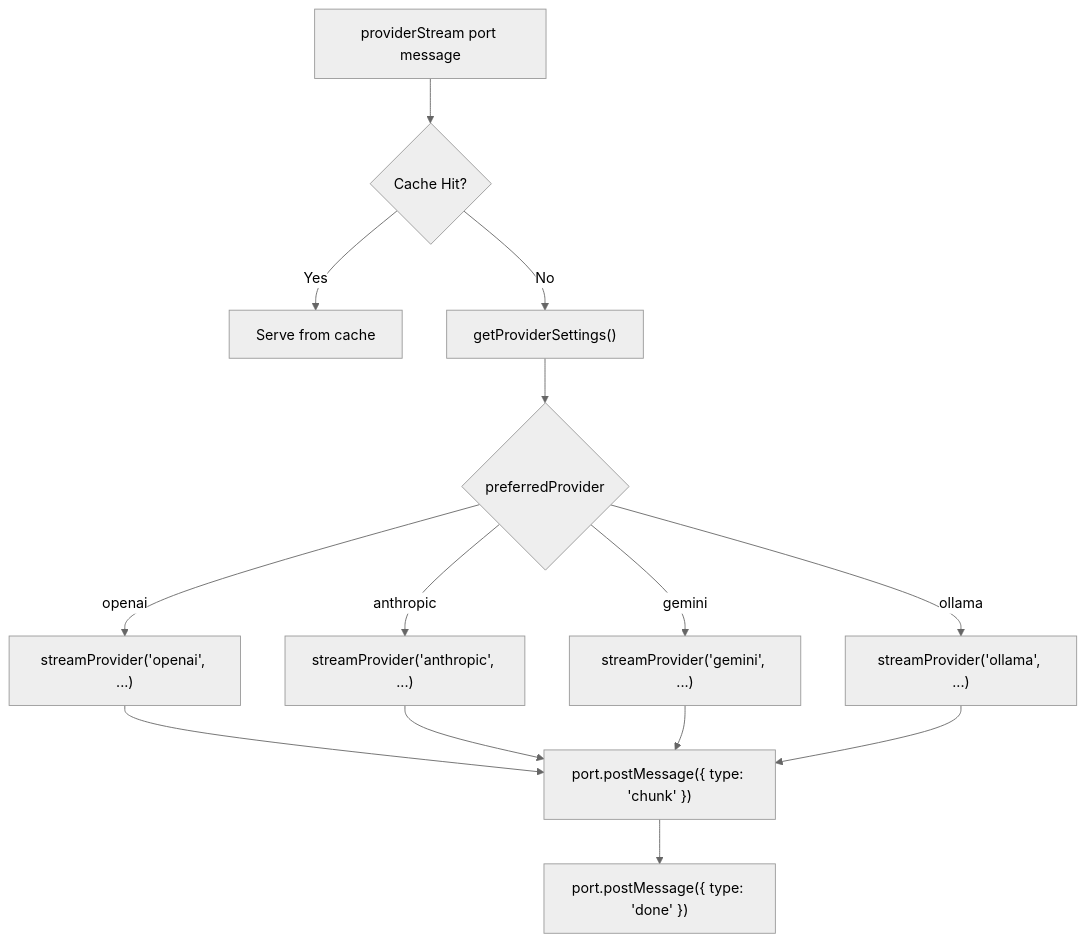
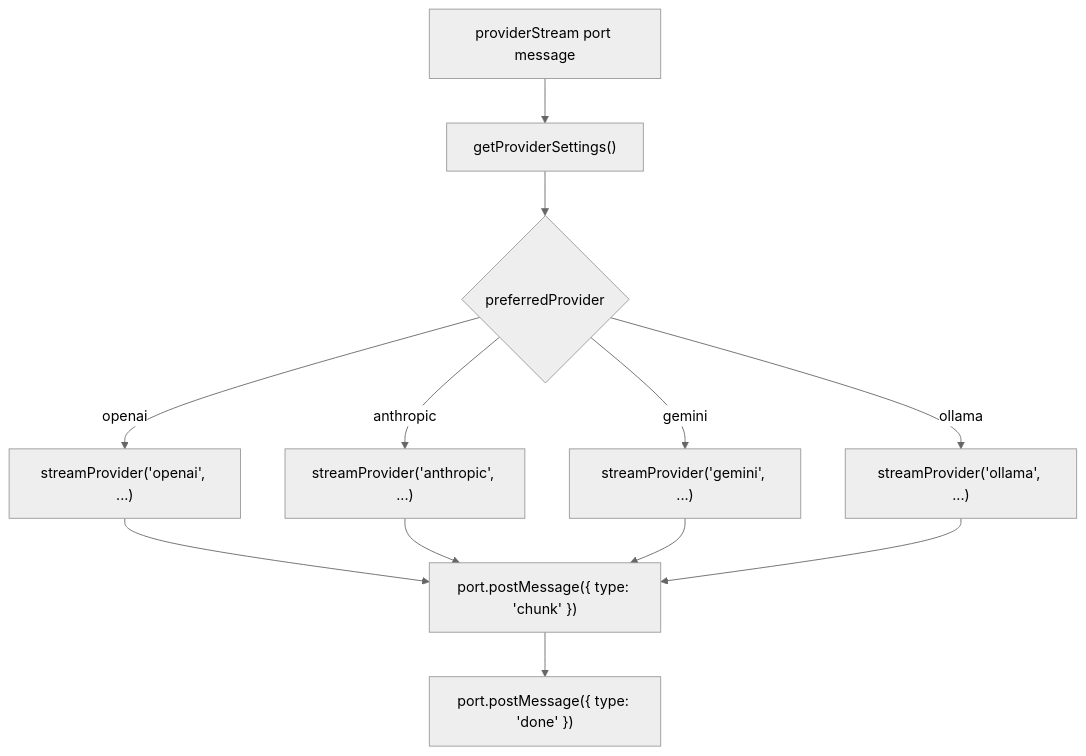
Before and after one commit to harshitzofficial/Promptly: the sixth of 7 diagrams in README.md, drawn with Mermaid (neutral theme). The commit also changed other lines of this file and 5 other files, not shown here.

````diff
--- a/README.md
+++ b/README.md
@@ -381,13 +336,11 @@
 ```mermaid
 graph TD
-    MSG["providerStream port message"] --> CACHE{"Cache Hit?"}
-    CACHE -- "Yes" --> SERVE["Serve from cache"]
-    CACHE -- "No" --> PREF["getProviderSettings()"]
+    MSG["providerStream port message"] --> PREF["getProviderSettings()"]
     PREF --> SWITCH{"preferredProvider"}
     SWITCH -- "openai" --> OAI["streamProvider('openai', ...)"]
     SWITCH -- "anthropic" --> ANT["streamProvider('anthropic', ...)"]
     SWITCH -- "gemini" --> GEM["streamProvider('gemini', ...)"]
     SWITCH -- "ollama" --> OLL["streamProvider('ollama', ...)"]
     OAI & ANT & GEM & OLL --> PORT["port.postMessage({ type: 'chunk' })"]
     PORT --> DONE["port.postMessage({ type: 'done' })"]
 ```
````
